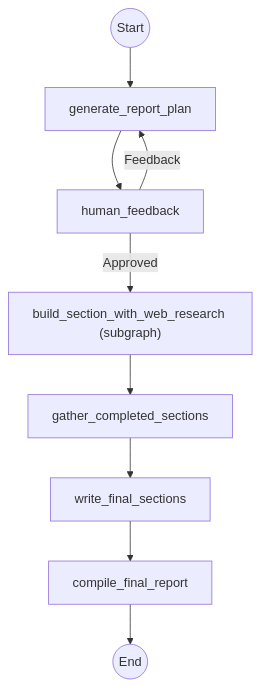
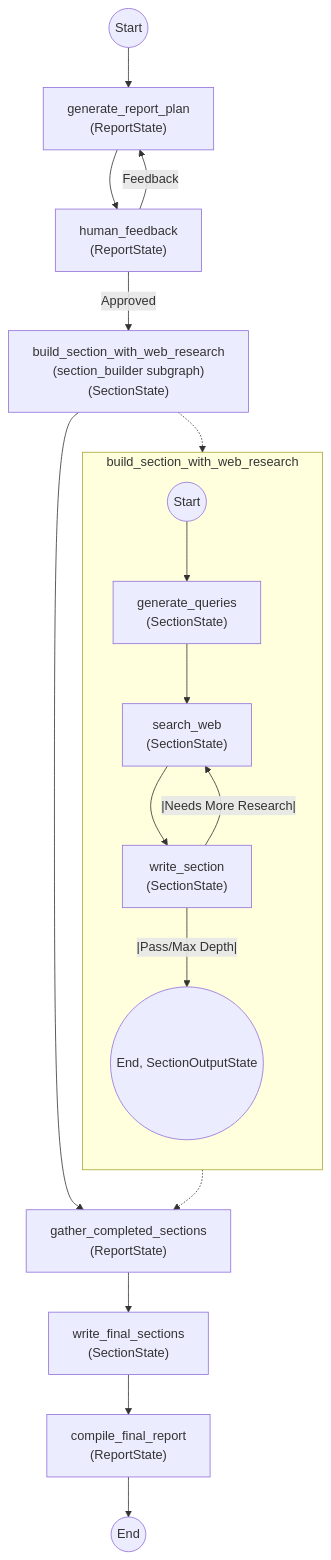
The diagram in backend/research_agent/README.md (hyeon-hong/thothy), drawn with Mermaid before and after one commit. The commit also changed other lines of this file and 2 other files, not shown here.

Commit message:
refactor: enhance README documentation and streamline UI message handling in research functions for improved clarity and performance

````diff
--- a/backend/research_agent/README.md
+++ b/backend/research_agent/README.md
@@ -9,20 +9,38 @@
 ```mermaid
 graph TD
     START((Start))
-    PLAN["generate_report_plan"]
-    FEEDBACK["human_feedback"]
-    SECTION["build_section_with_web_research (subgraph)"]
-    GATHER["gather_completed_sections"]
-    FINAL["write_final_sections"]
-    COMPILE["compile_final_report"]
+    PLAN["generate_report_plan<br>(ReportState)"]
+    FEEDBACK["human_feedback<br>(ReportState)"]
+    SECTION["build_section_with_web_research<br>(section_builder subgraph)<br>(SectionState)"]
+    GATHER["gather_completed_sections<br>(ReportState)"]
+    FINAL["write_final_sections<br>(SectionState)"]
+    COMPILE["compile_final_report<br>(ReportState)"]
     END((End))
 
     START --> PLAN
     PLAN --> FEEDBACK
     FEEDBACK -->|Approved| SECTION
     FEEDBACK -->|Feedback| PLAN
     SECTION --> GATHER
     GATHER --> FINAL
     FINAL --> COMPILE
     COMPILE --> END
+
+    %% Section builder subgraph
+    subgraph section_builder [build_section_with_web_research]
+        direction TB
+        S_START((Start))
+        Q["generate_queries<br>(SectionState)"]
+        SEARCH["search_web<br>(SectionState)"]
+        WRITE["write_section<br>(SectionState)"]
+        S_END((End, SectionOutputState))
+
+        S_START --> Q
+        Q --> SEARCH
+        SEARCH --> WRITE
+        WRITE --|Pass/Max Depth|--> S_END
+        WRITE --|Needs More Research|--> SEARCH
+    end
+    SECTION -.-> S_START
+    S_END -.-> GATHER
 ```
````
